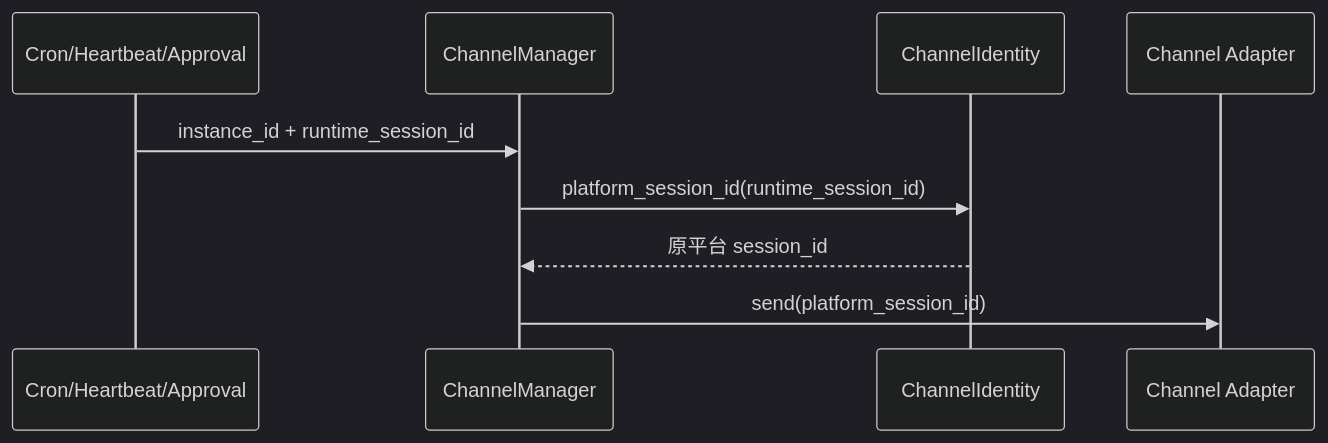
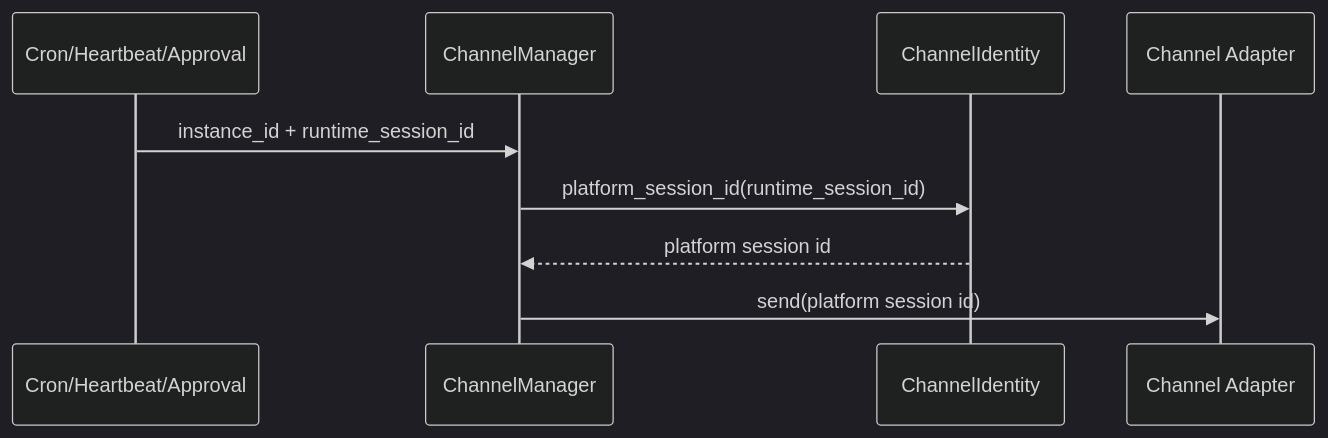
Before and after one commit to zhijianma/CoPaw: the fourth of 4 diagrams in docs/design/channel-agent-runtime-v5.md, drawn with Mermaid (dark theme). The commit also changed other lines of this file and 1 other file, not shown here.

Commit message:
docs finalize channel agent architecture

````diff
--- a/docs/design/channel-agent-runtime-v5.md
+++ b/docs/design/channel-agent-runtime-v5.md
@@ -85,11 +157,12 @@
 ```mermaid
 sequenceDiagram
-    participant Job as Cron/Heartbeat/Approval
+    participant J as Cron/Heartbeat/Approval
     participant M as ChannelManager
     participant I as ChannelIdentity
     participant A as Channel Adapter
-    Job->>M: instance_id + runtime_session_id
+
+    J->>M: instance_id + runtime_session_id
     M->>I: platform_session_id(runtime_session_id)
-    I-->>M: 原平台 session_id
-    M->>A: send(platform_session_id)
+    I-->>M: platform session id
+    M->>A: send(platform session id)
 ```
````
